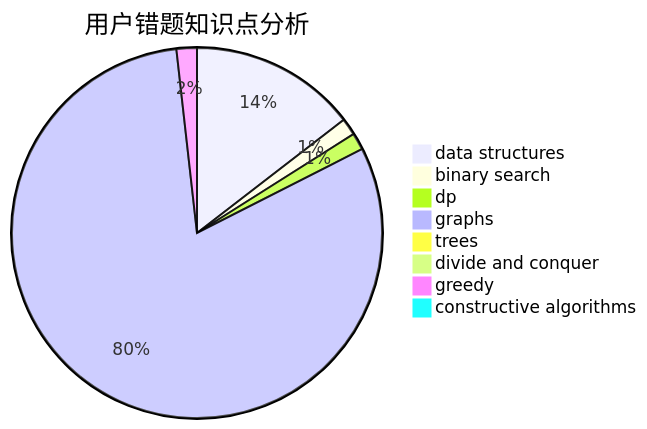
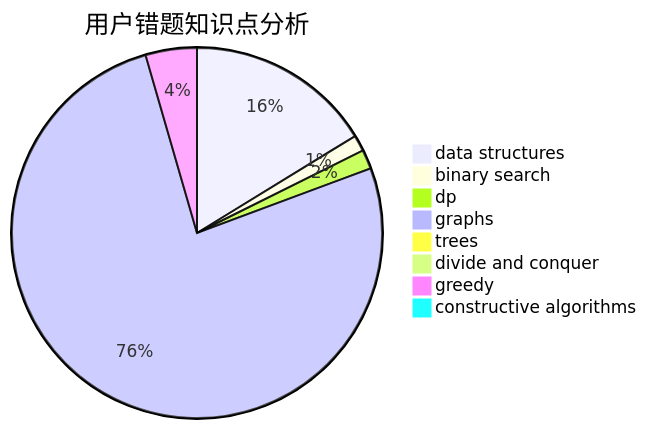
Before and after one commit to sherpahu/cfrs.github.io: the third of 3 diagrams in docs/user/u2286.md, drawn with Mermaid. The commit also changed other lines of this file and 2770 other files, not shown here.

````diff
--- a/docs/user/u2286.md
+++ b/docs/user/u2286.md
@@ -36,11 +36,11 @@
 ```mermaid
 pie title 用户错题知识点分析
-    "data structures" :  49
+    "data structures" :  58
     "binary search" :  5
-    "dp" :  5
+    "dp" :  6
     "graphs" :  272
     "trees" :  0
     "divide and conquer" :  0
-    "greedy" :  6
+    "greedy" :  16
     "constructive algorithms" :  2
 ```
````
